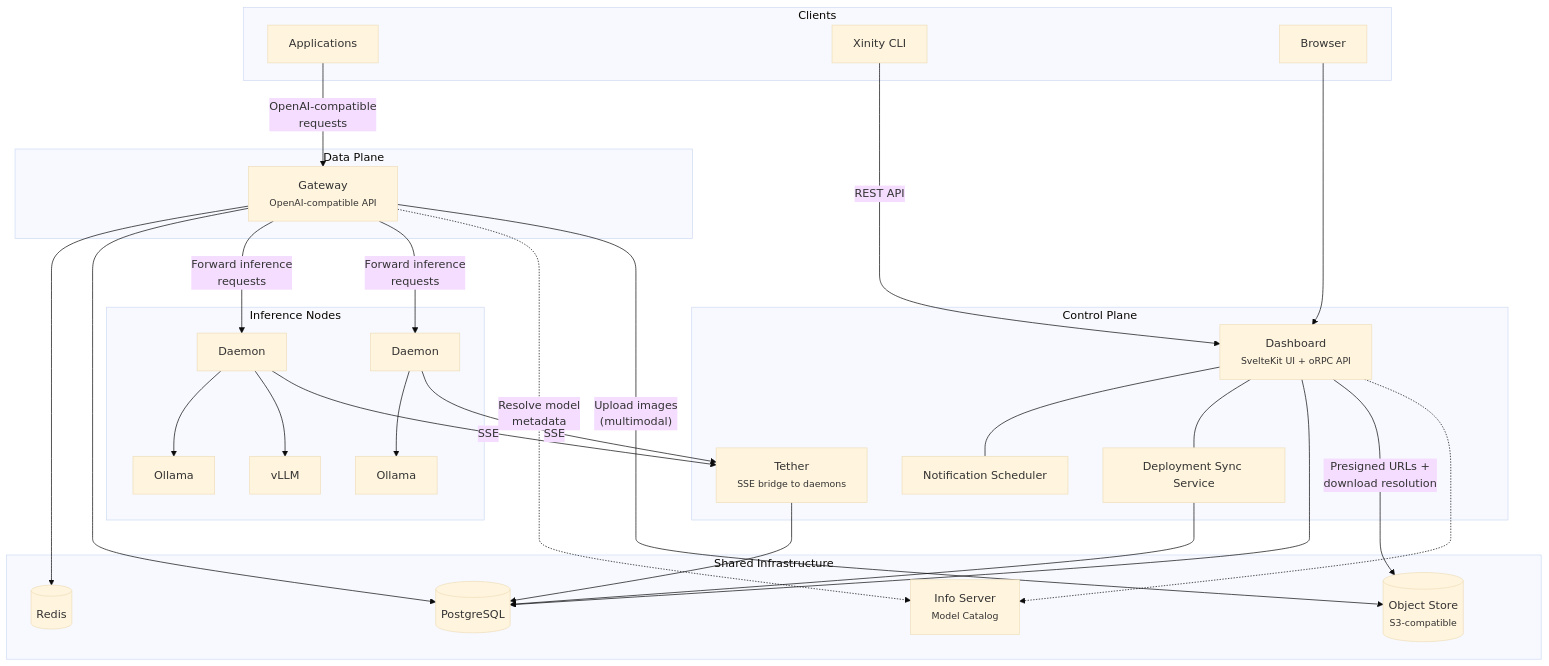
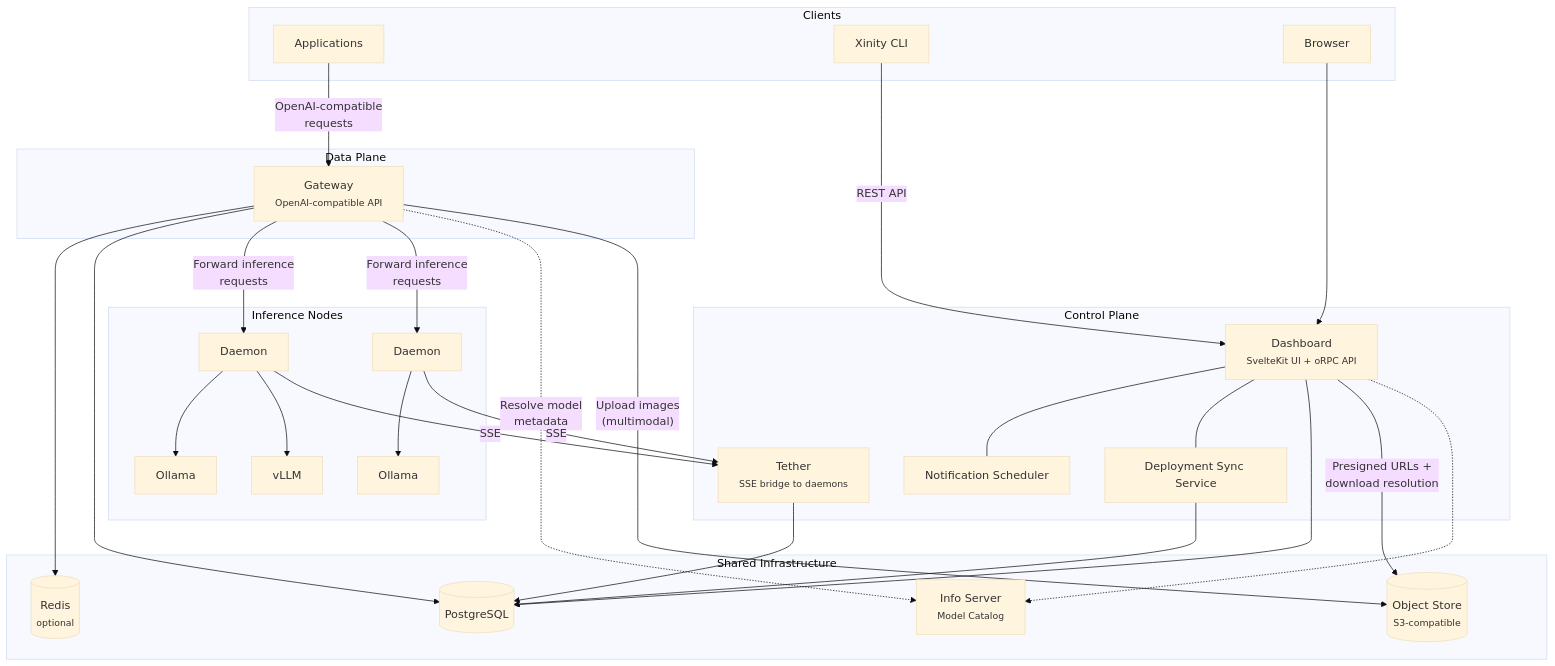
Before and after one commit to xinity-ai/xinity-ai: the first of 3 diagrams in docs/architecture.md, drawn with Mermaid (base theme). The commit also changed other lines of this file and 37 other files, not shown here.

First line of the commit message:
feat: optional redis for the gateway (#133)

````diff
--- a/docs/architecture.md
+++ b/docs/architecture.md
@@ -11,60 +11,60 @@
 ```mermaid
 graph TB
     subgraph Clients
         App["Applications"]
         CLI["Xinity CLI"]
         Browser["Browser"]
     end
 
     subgraph "Control Plane"
         Dashboard["Dashboard<br/><small>SvelteKit UI + oRPC API</small>"]
         NotifSched["Notification Scheduler"]
         DeploySync["Deployment Sync Service"]
         Dashboard --- NotifSched
         Dashboard --- DeploySync
         Tether["Tether<br/><small>SSE bridge to daemons</small>"]
     end
 
     subgraph "Data Plane"
         Gateway["Gateway<br/><small>OpenAI-compatible API</small>"]
     end
 
     subgraph "Inference Nodes"
         Daemon1["Daemon"]
         Ollama1["Ollama"]
         VLLM1["vLLM"]
         Daemon1 --> Ollama1
         Daemon1 --> VLLM1
 
         Daemon2["Daemon"]
         Ollama2["Ollama"]
         Daemon2 --> Ollama2
     end
 
     subgraph "Shared Infrastructure"
         DB[("PostgreSQL")]
-        Redis[("Redis")]
+        Redis[("Redis<br/><small>optional</small>")]
         Infoserver["Info Server<br/><small>Model Catalog</small>"]
         ObjectStore[("Object Store<br/><small>S3-compatible</small>")]
     end
 
     App -->|"OpenAI-compatible<br/>requests"| Gateway
     CLI -->|"REST API"| Dashboard
     Browser --> Dashboard
 
     Gateway --> Redis
     Gateway --> DB
     Gateway -->|"Forward inference<br/>requests"| Daemon1
     Gateway -->|"Forward inference<br/>requests"| Daemon2
     Gateway -.->|"Resolve model<br/>metadata"| Infoserver
     Gateway -->|"Upload images<br/>(multimodal)"| ObjectStore
 
     Dashboard --> DB
     Dashboard -->|"Presigned URLs +<br/>download resolution"| ObjectStore
     DeploySync --> DB
 
     Tether --> DB
     Daemon1 -->|"SSE"| Tether
     Daemon2 -->|"SSE"| Tether
     Dashboard -.-> Infoserver
 ```
````
